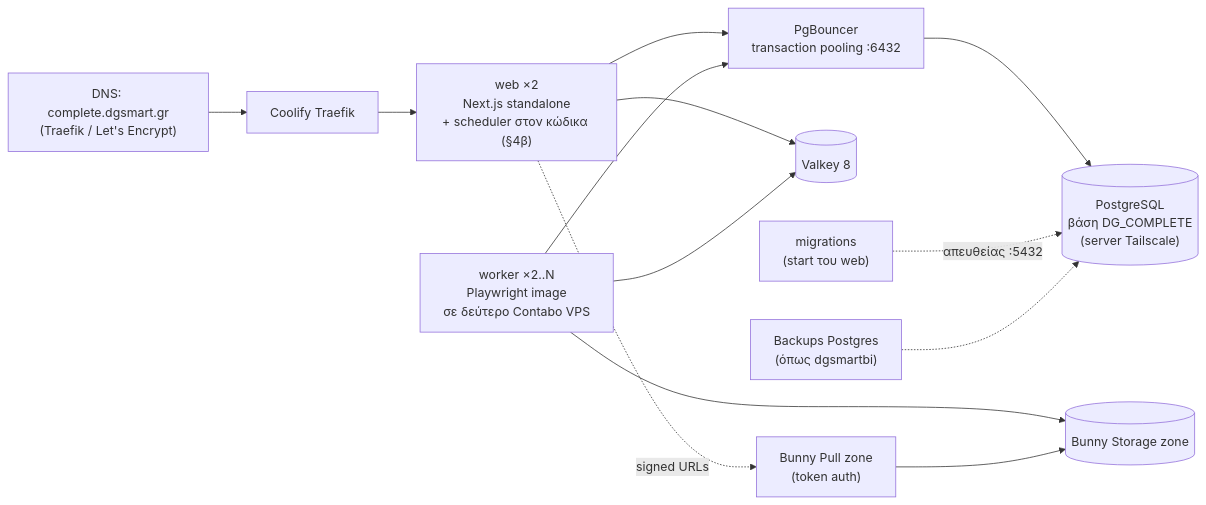
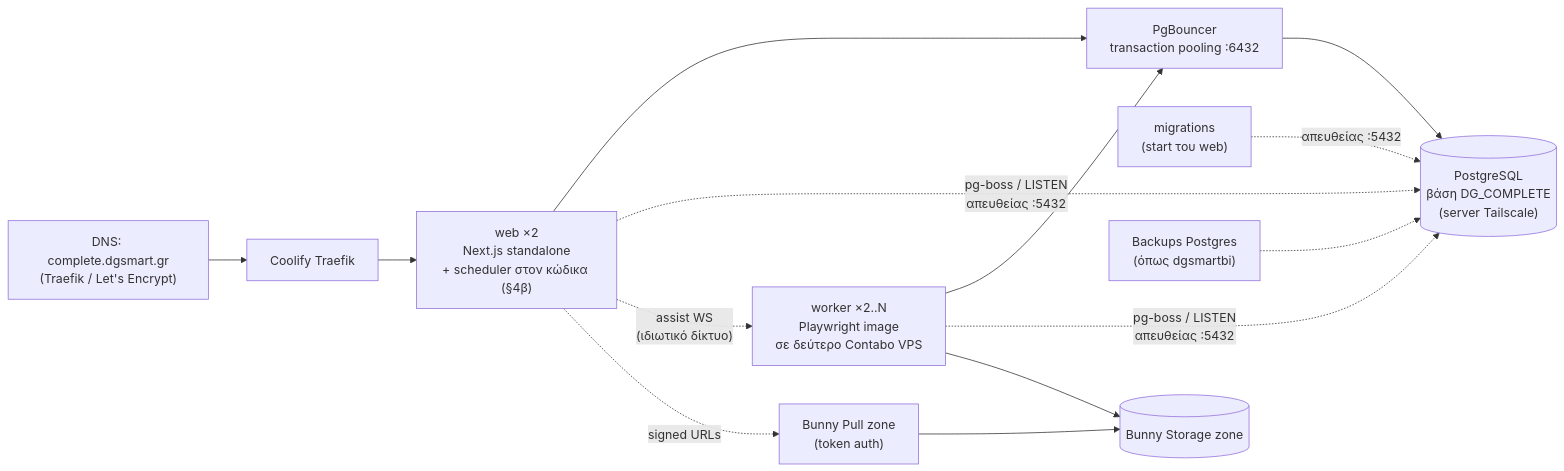
The diagram in docs/10-deployment.md (cloudzeus/DG-Complete), drawn with Mermaid before and after one commit. The commit also changed other lines of this file and 25 other files, not shown here.

First line of the commit message:
docs: ADR-022 — no Redis/Valkey; queues with pg-boss, coordination in Postgres

````diff
--- a/docs/10-deployment.md
+++ b/docs/10-deployment.md
@@ -7,14 +7,15 @@
 ```mermaid
 flowchart LR
   DNS["DNS: complete.dgsmart.gr\n(Traefik / Let's Encrypt)"] --> TR["Coolify Traefik"]
   TR --> WEB["web ×2\nNext.js standalone\n+ scheduler στον κώδικα (§4β)"]
   WEB --> PGB["PgBouncer\ntransaction pooling :6432"]
   PGB --> PG[("PostgreSQL\nβάση DG_COMPLETE\n(server Tailscale)")]
-  WEB --> VK[("Valkey 8")]
-  WK["worker ×2..N\nPlaywright image\nσε δεύτερο Contabo VPS"] --> PGB & VK
+  WK["worker ×2..N\nPlaywright image\nσε δεύτερο Contabo VPS"] --> PGB
+  WEB & WK -. "pg-boss / LISTEN\nαπευθείας :5432" .-> PG
+  WEB -. "assist WS\n(ιδιωτικό δίκτυο)" .-> WK
   MIG["migrations\n(start του web)"] -. "απευθείας :5432" .-> PG
   WK --> BN[("Bunny Storage zone")]
   WEB -. "signed URLs" .-> CDN["Bunny Pull zone\n(token auth)"]
   CDN --> BN
   BK["Backups Postgres\n(όπως dgsmartbi)"] -.-> PG
 ```
````
